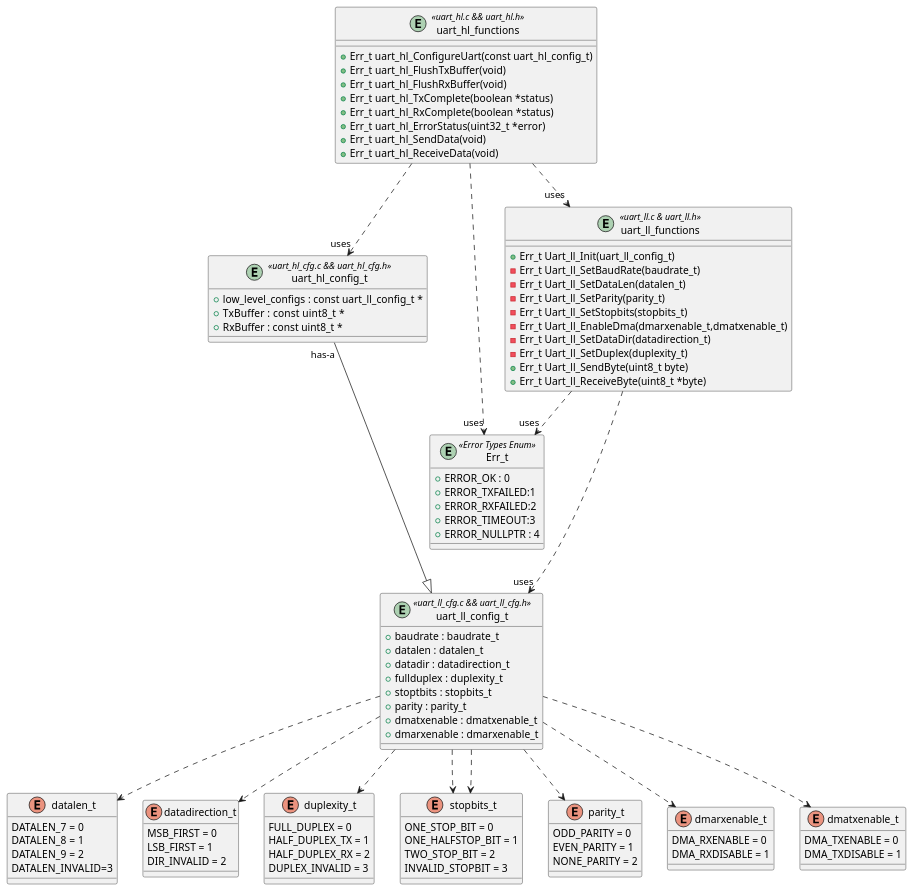
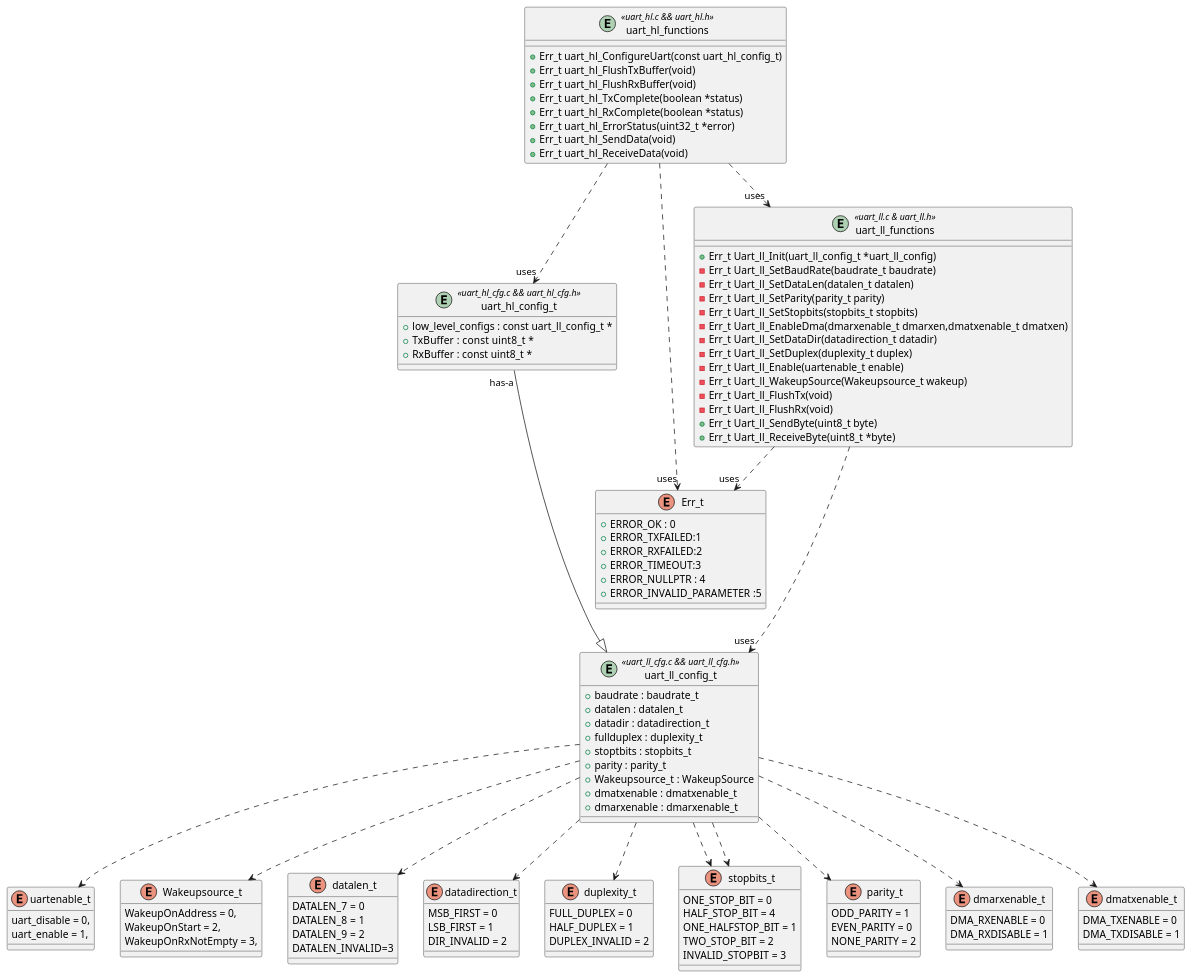
One commit to rkalyan95/stm32_ll_drivers changed the diagram in stm32_ll_uxart/usart.wsd. Above: the diagram before and after it, drawn with PlantUML. The commit also changed 2 other files, not shown here.

Commit message:
uart with uml

```diff
--- a/stm32_ll_uxart/usart.wsd
+++ b/stm32_ll_uxart/usart.wsd
@@ -1,128 +1,148 @@
 @startuml
 
-entity "Err_t" <<Error Types Enum>>
+enum Err_t
 {
     +ERROR_OK : 0
     +ERROR_TXFAILED:1
     +ERROR_RXFAILED:2
     +ERROR_TIMEOUT:3
     +ERROR_NULLPTR : 4
+    +ERROR_INVALID_PARAMETER :5
 }
 
 entity "uart_ll_config_t" <<uart_ll_cfg.c && uart_ll_cfg.h>>
 {
     +baudrate : baudrate_t
     +datalen : datalen_t
     +datadir : datadirection_t
     +fullduplex : duplexity_t
     +stoptbits : stopbits_t
     +parity : parity_t
+    +Wakeupsource_t : WakeupSource
     +dmatxenable : dmatxenable_t
     +dmarxenable : dmarxenable_t
 }
 
 entity "uart_hl_config_t" <<uart_hl_cfg.c && uart_hl_cfg.h>>
 {
     +low_level_configs : const uart_ll_config_t *
     +TxBuffer  : const uint8_t *
     +RxBuffer : const uint8_t *
 }
 
 
 
 entity "uart_ll_functions"  <<uart_ll.c & uart_ll.h>>
 {
-    +Err_t Uart_ll_Init(uart_ll_config_t)
-    -Err_t Uart_ll_SetBaudRate(baudrate_t)
-    -Err_t Uart_ll_SetDataLen(datalen_t)
-    -Err_t Uart_ll_SetParity(parity_t)
-    -Err_t Uart_ll_SetStopbits(stopbits_t)
-    -Err_t Uart_ll_EnableDma(dmarxenable_t,dmatxenable_t)
-    -Err_t Uart_ll_SetDataDir(datadirection_t)
-    -Err_t Uart_ll_SetDuplex(duplexity_t)
+    +Err_t Uart_ll_Init(uart_ll_config_t *uart_ll_config)
+    -Err_t Uart_ll_SetBaudRate(baudrate_t baudrate)
+    -Err_t Uart_ll_SetDataLen(datalen_t datalen)
+    -Err_t Uart_ll_SetParity(parity_t parity)
+    -Err_t Uart_ll_SetStopbits(stopbits_t stopbits)
+    -Err_t Uart_ll_EnableDma(dmarxenable_t dmarxen,dmatxenable_t dmatxen)
+    -Err_t Uart_ll_SetDataDir(datadirection_t datadir) 
+    -Err_t Uart_ll_SetDuplex(duplexity_t duplex)
+    -Err_t Uart_ll_Enable(uartenable_t enable)
+    -Err_t Uart_ll_WakeupSource(Wakeupsource_t wakeup)
+    -Err_t Uart_ll_FlushTx(void)
+    -Err_t Uart_ll_FlushRx(void)
     +Err_t Uart_ll_SendByte(uint8_t byte)
     +Err_t Uart_ll_ReceiveByte(uint8_t *byte)
 
 }
 
 
 entity "uart_hl_functions" <<uart_hl.c && uart_hl.h>>
 {
     +Err_t uart_hl_ConfigureUart(const uart_hl_config_t)
     +Err_t uart_hl_FlushTxBuffer(void)
     +Err_t uart_hl_FlushRxBuffer(void)
     +Err_t uart_hl_TxComplete(boolean *status)
     +Err_t uart_hl_RxComplete(boolean *status)
     +Err_t uart_hl_ErrorStatus(uint32_t *error)
     +Err_t uart_hl_SendData(void)
     +Err_t uart_hl_ReceiveData(void)
+}
+
+enum uartenable_t
+{
+    uart_disable = 0,
+    uart_enable = 1,
+}
+
+enum Wakeupsource_t
+{
+    WakeupOnAddress = 0,
+    WakeupOnStart = 2,
+    WakeupOnRxNotEmpty = 3,
 }
 
 enum datalen_t
 {
     DATALEN_7 = 0
     DATALEN_8 = 1
     DATALEN_9 = 2
     DATALEN_INVALID=3
 }
 
 enum datadirection_t
 {
     MSB_FIRST = 0
     LSB_FIRST = 1
     DIR_INVALID = 2
 }
 
 enum duplexity_t
 {
     FULL_DUPLEX = 0
-    HALF_DUPLEX_TX = 1
-    HALF_DUPLEX_RX = 2
-    DUPLEX_INVALID = 3
+    HALF_DUPLEX = 1
+    DUPLEX_INVALID = 2
 }
 
 enum stopbits_t
 {
     ONE_STOP_BIT = 0
+    HALF_STOP_BIT = 4
     ONE_HALFSTOP_BIT = 1
     TWO_STOP_BIT = 2
     INVALID_STOPBIT = 3
 }
 
 enum parity_t
 {
-    ODD_PARITY = 0
-    EVEN_PARITY = 1
+    ODD_PARITY = 1
+    EVEN_PARITY = 0
     NONE_PARITY = 2
 }
 
 enum dmarxenable_t
 {
     DMA_RXENABLE = 0
     DMA_RXDISABLE = 1
 }
 
 enum dmatxenable_t
 {
     DMA_TXENABLE = 0
     DMA_TXDISABLE = 1   
 }
 
 
 uart_ll_functions ..> "uses" uart_ll_config_t
 uart_ll_functions ..> "uses" Err_t
 uart_hl_functions ..> "uses" uart_ll_functions
 uart_hl_functions ..> "uses" uart_hl_config_t
 uart_hl_functions ..> "uses" Err_t
 uart_hl_config_t "has-a" ---|> uart_ll_config_t
 
 uart_ll_config_t ..> datalen_t
 uart_ll_config_t ..> datadirection_t
 uart_ll_config_t ..> stopbits_t
 uart_ll_config_t ..> duplexity_t
-
+uart_ll_config_t ..> uartenable_t
 uart_ll_config_t ..> dmatxenable_t
 uart_ll_config_t ..> dmarxenable_t
+uart_ll_config_t ..> Wakeupsource_t
 uart_ll_config_t ..> parity_t
 uart_ll_config_t ..> stopbits_t
 @enduml
```
